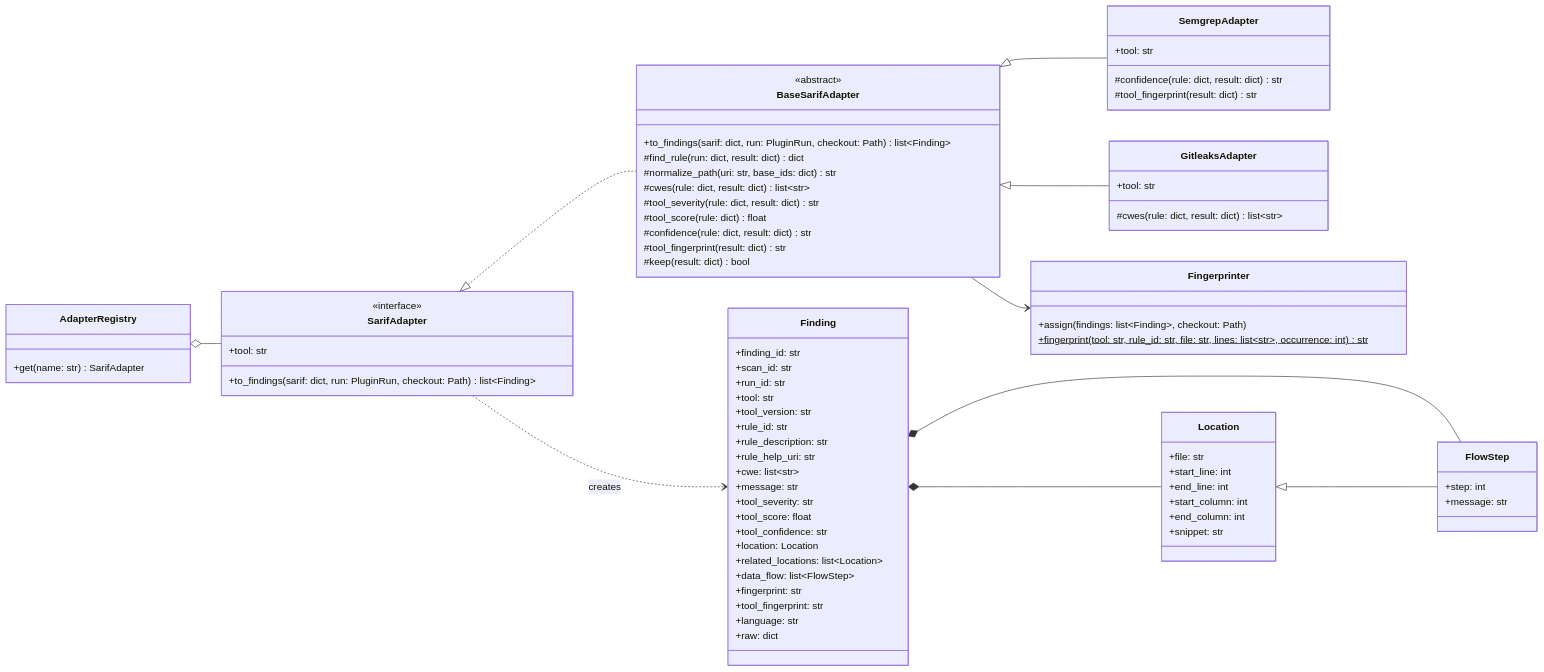
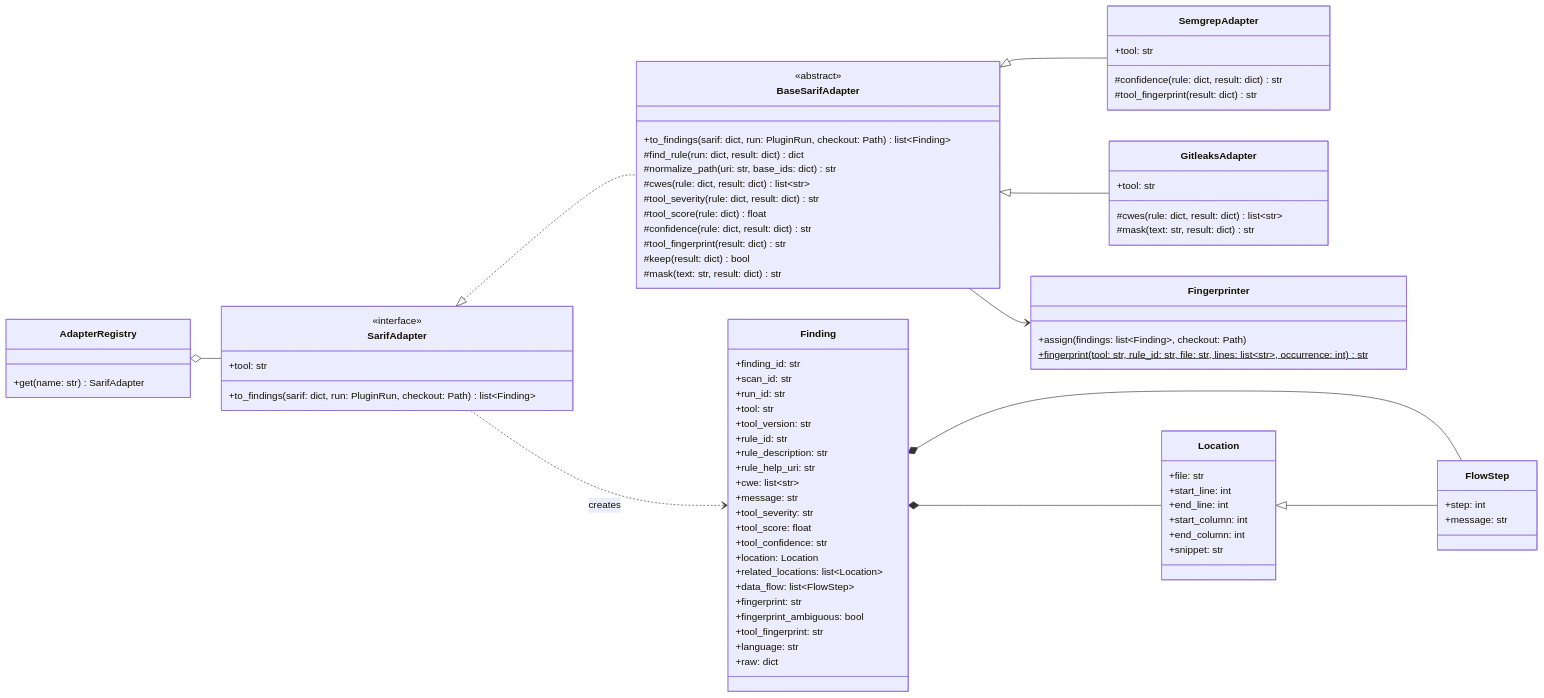
Before and after one commit to sieve-ku-comp491/sieve: the second of 4 diagrams in docs/class-diagrams.md, drawn with Mermaid. The commit also changed other lines of this file, not shown here.

```diff
--- a/docs/class-diagrams.md
+++ b/docs/class-diagrams.md
@@ -154,6 +155,7 @@
     #confidence(rule: dict, result: dict) str
     #tool_fingerprint(result: dict) str
     #keep(result: dict) bool
+    #mask(text: str, result: dict) str
   }
   class SemgrepAdapter {
     +tool: str
@@ -163,6 +165,7 @@
   class GitleaksAdapter {
     +tool: str
     #cwes(rule: dict, result: dict) list~str~
+    #mask(text: str, result: dict) str
   }
   class AdapterRegistry {
     +get(name: str) SarifAdapter
@@ -189,6 +192,7 @@
     +related_locations: list~Location~
     +data_flow: list~FlowStep~
     +fingerprint: str
+    +fingerprint_ambiguous: bool
     +tool_fingerprint: str
     +language: str
     +raw: dict
```
